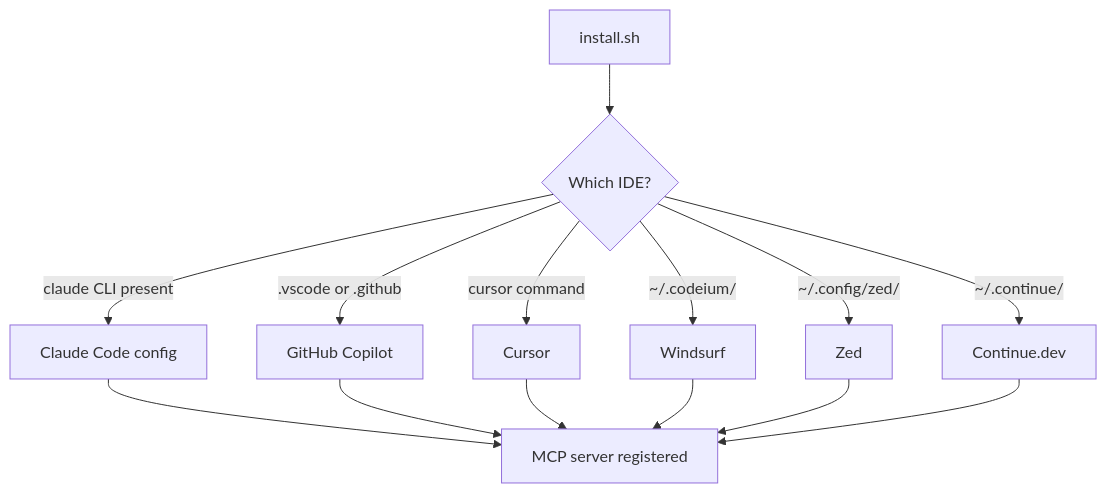
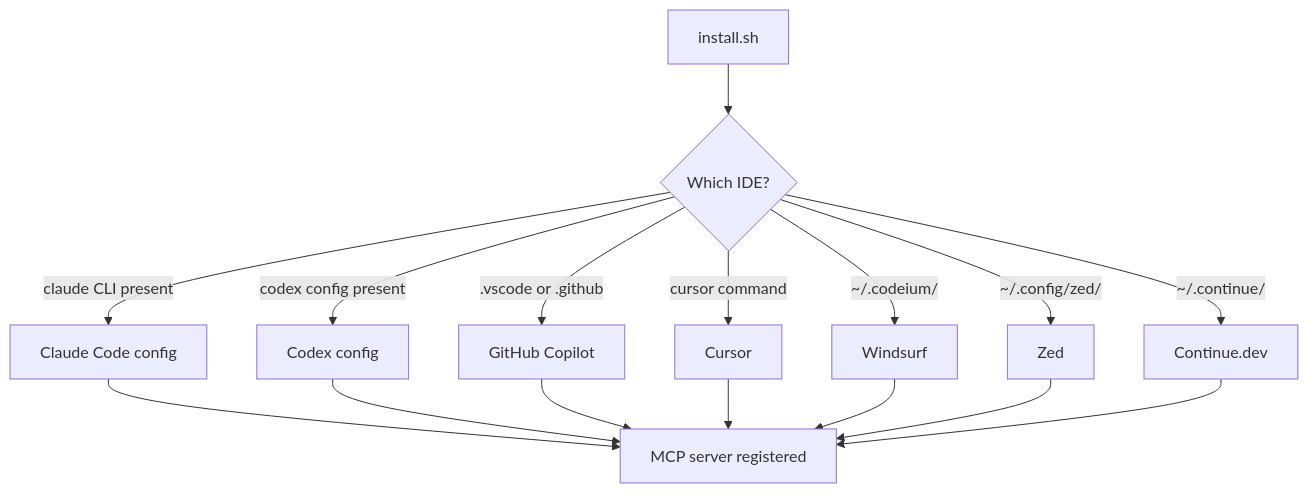
The diagram in docs/src/content/docs/quickstart.mdx (Vijay431/Orkestra), drawn with Mermaid before and after one commit. The commit also changed other lines of this file and 14 other files, not shown here.

````diff
--- a/docs/src/content/docs/quickstart.mdx
+++ b/docs/src/content/docs/quickstart.mdx
@@ -35,16 +41,18 @@
 ```mermaid
 flowchart TD
     A[install.sh] --> B{Which IDE?}
     B -->|claude CLI present| C[Claude Code config]
+    B -->|codex config present| X[Codex config]
     B -->|.vscode or .github| D[GitHub Copilot]
     B -->|cursor command| E[Cursor]
     B -->|~/.codeium/| F[Windsurf]
     B -->|~/.config/zed/| G[Zed]
     B -->|~/.continue/| H[Continue.dev]
     C --> I[MCP server registered]
+    X --> I
     D --> I
     E --> I
     F --> I
     G --> I
     H --> I
 ```
````
